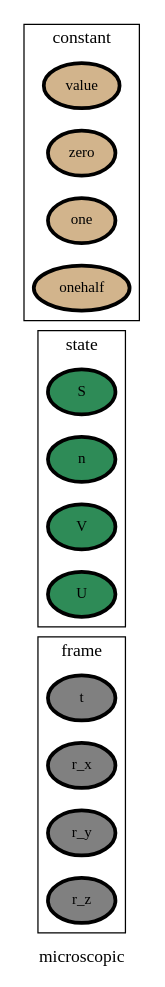
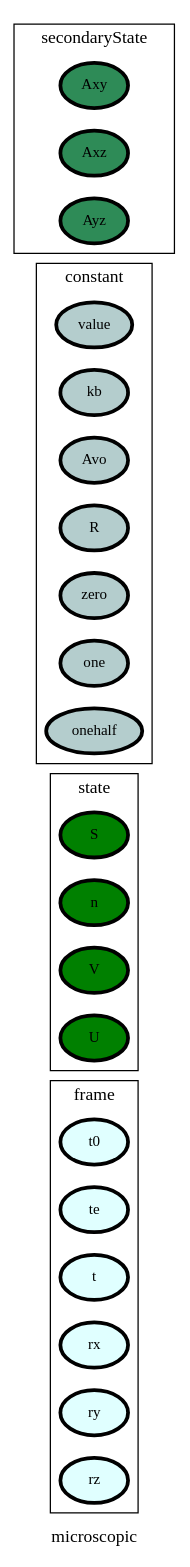
Before and after one commit to heinz-preisig/processes_distributed_no_interface_eqs: the diagram in ontology_graphs/graph__microscopic.dot, drawn with Graphviz. The commit also changed 97 other files, not shown here.

```diff
--- a/ontology_graphs/graph__microscopic.dot
+++ b/ontology_graphs/graph__microscopic.dot
@@ -1,71 +1,79 @@
 digraph microscopic {
 label=microscopic;
 rankdir=LR;
 subgraph cluster_microscopic___network {
 label=network;
 rankdir=LR;
 }
 
 subgraph cluster_microscopic___differenceOperator {
 label=differenceOperator;
 rankdir=LR;
 }
 
 subgraph cluster_microscopic___frame {
 label=frame;
 rankdir=LR;
-V_5 [fillcolor=grey, fontsize=12, label=t, penwidth=3, style=filled];
-V_6 [fillcolor=grey, fontsize=12, label=r_x, penwidth=3, style=filled];
-V_7 [fillcolor=grey, fontsize=12, label=r_y, penwidth=3, style=filled];
-V_8 [fillcolor=grey, fontsize=12, label=r_z, penwidth=3, style=filled];
+V_18 [fillcolor=lightcyan, fontsize=12, label=t0, penwidth=3, style=filled];
+V_19 [fillcolor=lightcyan, fontsize=12, label=te, penwidth=3, style=filled];
+V_5 [fillcolor=lightcyan, fontsize=12, label=t, penwidth=3, style=filled];
+V_6 [fillcolor=lightcyan, fontsize=12, label=rx, penwidth=3, style=filled];
+V_7 [fillcolor=lightcyan, fontsize=12, label=ry, penwidth=3, style=filled];
+V_8 [fillcolor=lightcyan, fontsize=12, label=rz, penwidth=3, style=filled];
 }
 
 subgraph cluster_microscopic___state {
 label=state;
 rankdir=LR;
-V_10 [fillcolor=seagreen, fontsize=12, label=S, penwidth=3, style=filled];
-V_11 [fillcolor=seagreen, fontsize=12, label=n, penwidth=3, style=filled];
-V_12 [fillcolor=seagreen, fontsize=12, label=V, penwidth=3, style=filled];
-V_9 [fillcolor=seagreen, fontsize=12, label=U, penwidth=3, style=filled];
+V_10 [fillcolor=green, fontsize=12, label=S, penwidth=3, style=filled];
+V_11 [fillcolor=green, fontsize=12, label=n, penwidth=3, style=filled];
+V_12 [fillcolor=green, fontsize=12, label=V, penwidth=3, style=filled];
+V_9 [fillcolor=green, fontsize=12, label=U, penwidth=3, style=filled];
 }
 
 subgraph cluster_microscopic___constant {
 label=constant;
 rankdir=LR;
-V_1 [fillcolor=tan, fontsize=12, label=value, penwidth=3, style=filled];
-V_2 [fillcolor=tan, fontsize=12, label=zero, penwidth=3, style=filled];
-V_3 [fillcolor=tan, fontsize=12, label=one, penwidth=3, style=filled];
-V_4 [fillcolor=tan, fontsize=12, label=onehalf, penwidth=3, style=filled];
+V_1 [fillcolor=lightcyan3, fontsize=12, label=value, penwidth=3, style=filled];
+V_15 [fillcolor=lightcyan3, fontsize=12, label=kb, penwidth=3, style=filled];
+V_16 [fillcolor=lightcyan3, fontsize=12, label=Avo, penwidth=3, style=filled];
+V_17 [fillcolor=lightcyan3, fontsize=12, label=R, penwidth=3, style=filled];
+V_2 [fillcolor=lightcyan3, fontsize=12, label=zero, penwidth=3, style=filled];
+V_3 [fillcolor=lightcyan3, fontsize=12, label=one, penwidth=3, style=filled];
+V_4 [fillcolor=lightcyan3, fontsize=12, label=onehalf, penwidth=3, style=filled];
 }
 
 subgraph cluster_microscopic___effort {
 label=effort;
 rankdir=LR;
 }
 
 subgraph cluster_microscopic___secondaryState {
 label=secondaryState;
 rankdir=LR;
+V_20 [fillcolor=seagreen, fontsize=12, label=Axy, penwidth=3, style=filled];
+V_21 [fillcolor=seagreen, fontsize=12, label=Axz, penwidth=3, style=filled];
+V_22 [fillcolor=seagreen, fontsize=12, label=Ayz, penwidth=3, style=filled];
 }
 
 subgraph cluster_microscopic___diffState {
 label=diffState;
 rankdir=LR;
 }
 
 subgraph cluster_microscopic___conversion {
 label=conversion;
 rankdir=LR;
 }
 
 subgraph cluster_microscopic___controlInput {
 label=controlInput;
 rankdir=LR;
 }
 
 subgraph cluster_microscopic___observation {
 label=observation;
 rankdir=LR;
 }
 
 }
```
